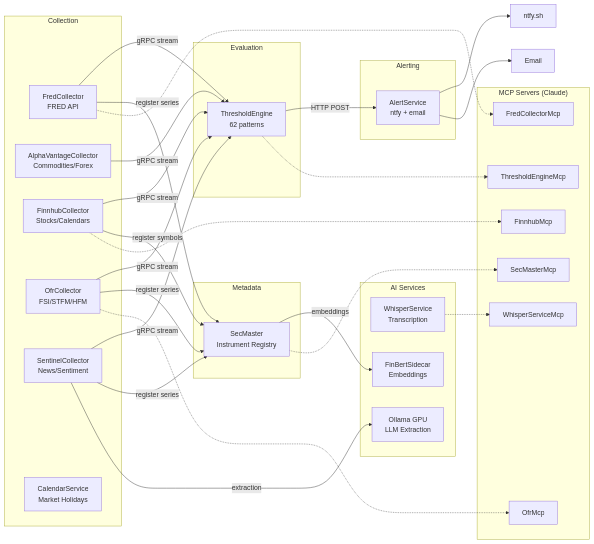
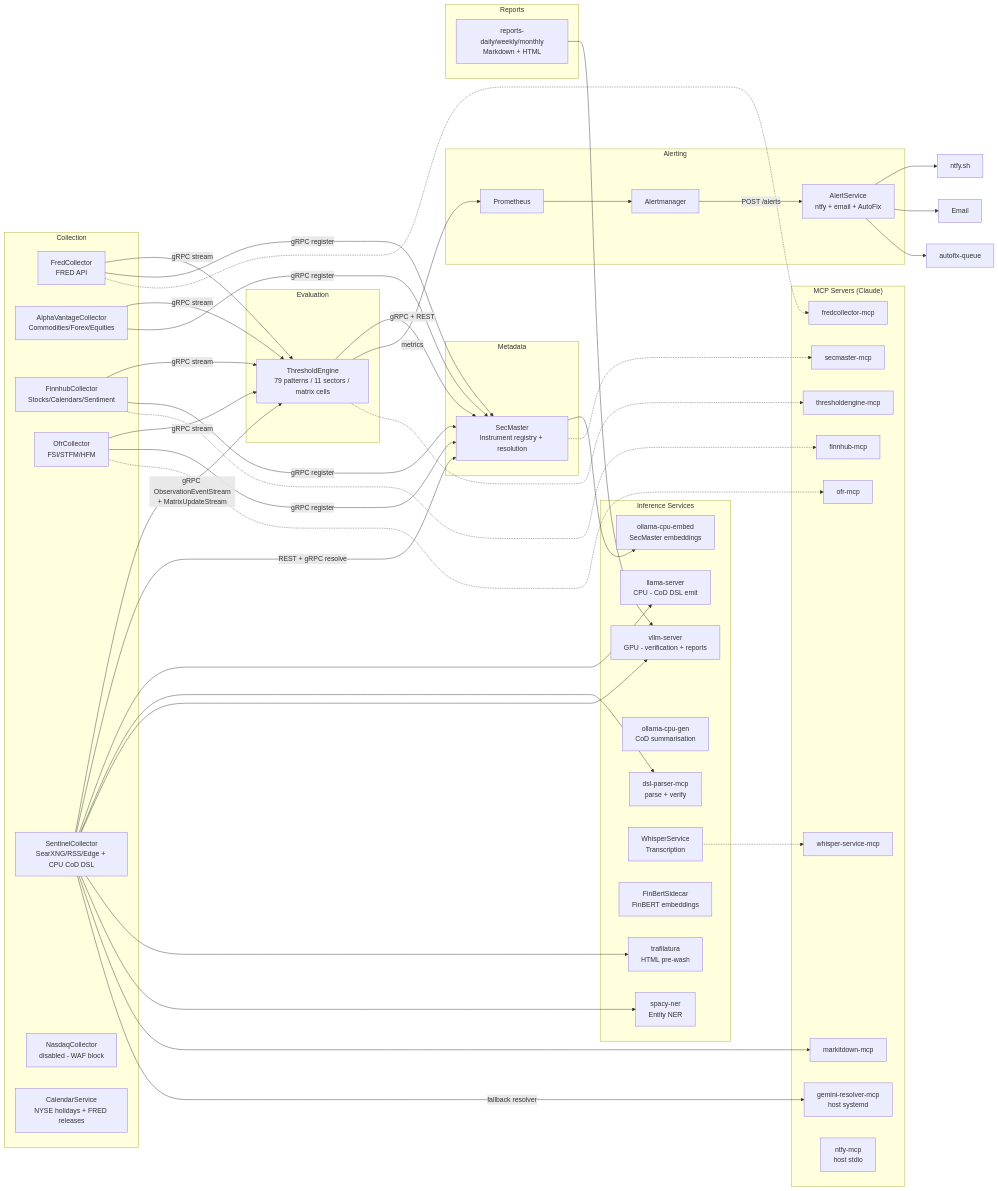
The first of 5 diagrams in docs/ARCHITECTURE.md (jpansarasa/ATLAS-Docs), drawn with Mermaid before and after one commit. The commit also changed other lines of this file, not shown here.

```diff
--- a/docs/ARCHITECTURE.md
+++ b/docs/ARCHITECTURE.md
@@ -8,54 +8,82 @@
 flowchart LR
     subgraph Collection
         FC[FredCollector<br/>FRED API]
-        AV[AlphaVantageCollector<br/>Commodities/Forex]
-        FH[FinnhubCollector<br/>Stocks/Calendars]
+        AV[AlphaVantageCollector<br/>Commodities/Forex/Equities]
+        FH[FinnhubCollector<br/>Stocks/Calendars/Sentiment]
         OFR[OfrCollector<br/>FSI/STFM/HFM]
-        SC[SentinelCollector<br/>News/Sentiment]
-        CS[CalendarService<br/>Market Holidays]
+        SC[SentinelCollector<br/>SearXNG/RSS/Edge + CPU CoD DSL]
+        ND[NasdaqCollector<br/>disabled - WAF block]
+        CS[CalendarService<br/>NYSE holidays + FRED releases]
     end
 
     subgraph Metadata
-        SM[SecMaster<br/>Instrument Registry]
+        SM[SecMaster<br/>Instrument registry + resolution]
     end
 
     subgraph Evaluation
-        TE[ThresholdEngine<br/>62 patterns]
+        TE[ThresholdEngine<br/>79 patterns / 11 sectors / matrix cells]
     end
 
     subgraph Alerting
-        AS[AlertService<br/>ntfy + email]
+        PR[Prometheus]
+        AM[Alertmanager]
+        AS[AlertService<br/>ntfy + email + AutoFix]
     end
 
-    subgraph AI["AI Services"]
+    subgraph AI["Inference Services"]
+        LS[llama-server<br/>CPU - CoD DSL emit]
+        DSL[dsl-parser-mcp<br/>parse + verify]
+        VLLM[vllm-server<br/>GPU - verification + reports]
+        OG[ollama-cpu-gen<br/>CoD summarisation]
+        OE[ollama-cpu-embed<br/>SecMaster embeddings]
         WS[WhisperService<br/>Transcription]
-        FB[FinBertSidecar<br/>Embeddings]
-        OL[Ollama GPU<br/>LLM Extraction]
+        FB[FinBertSidecar<br/>FinBERT embeddings]
+        TRF[trafilatura<br/>HTML pre-wash]
+        SPACY[spacy-ner<br/>Entity NER]
+    end
+
+    subgraph Reports
+        RP[reports-daily/weekly/monthly<br/>Markdown + HTML]
     end
 
     subgraph MCP["MCP Servers (Claude)"]
-        FM[FredCollectorMcp]
-        TM[ThresholdEngineMcp]
-        FHM[FinnhubMcp]
-        OM[OfrMcp]
-        SMM[SecMasterMcp]
-        WSM[WhisperServiceMcp]
+        FM[fredcollector-mcp]
+        TM[thresholdengine-mcp]
+        FHM[finnhub-mcp]
+        OM[ofr-mcp]
+        SMM[secmaster-mcp]
+        WSM[whisper-service-mcp]
+        MM[markitdown-mcp]
+        GRM[gemini-resolver-mcp<br/>host systemd]
+        NTM[ntfy-mcp<br/>host stdio]
     end
 
     FC -->|gRPC stream| TE
     AV -->|gRPC stream| TE
     FH -->|gRPC stream| TE
     OFR -->|gRPC stream| TE
-    SC -->|gRPC stream| TE
-    FC -->|register series| SM
-    FH -->|register symbols| SM
-    OFR -->|register series| SM
-    SC -->|register series| SM
-    SC -->|extraction| OL
-    SM -->|embeddings| FB
-    TE -->|HTTP POST| AS
+    SC -->|gRPC ObservationEventStream<br/>+ MatrixUpdateStream| TE
+    FC -->|gRPC register| SM
+    FH -->|gRPC register| SM
+    OFR -->|gRPC register| SM
+    AV -->|gRPC register| SM
+    SC -->|REST + gRPC resolve| SM
+    SC --> LS
+    SC --> DSL
+    SC --> VLLM
+    SC --> TRF
+    SC --> SPACY
+    SC --> MM
+    SC -->|fallback resolver| GRM
+    SM --> OE
+    TE -->|gRPC + REST| SM
+    TE -->|metrics| PR
+    PR --> AM
+    AM -->|POST /alerts| AS
     AS --> N[ntfy.sh]
     AS --> E[Email]
+    AS --> AF[autofix-queue]
+    RP --> VLLM
 
     FC -.-> FM
     TE -.-> TM
```
